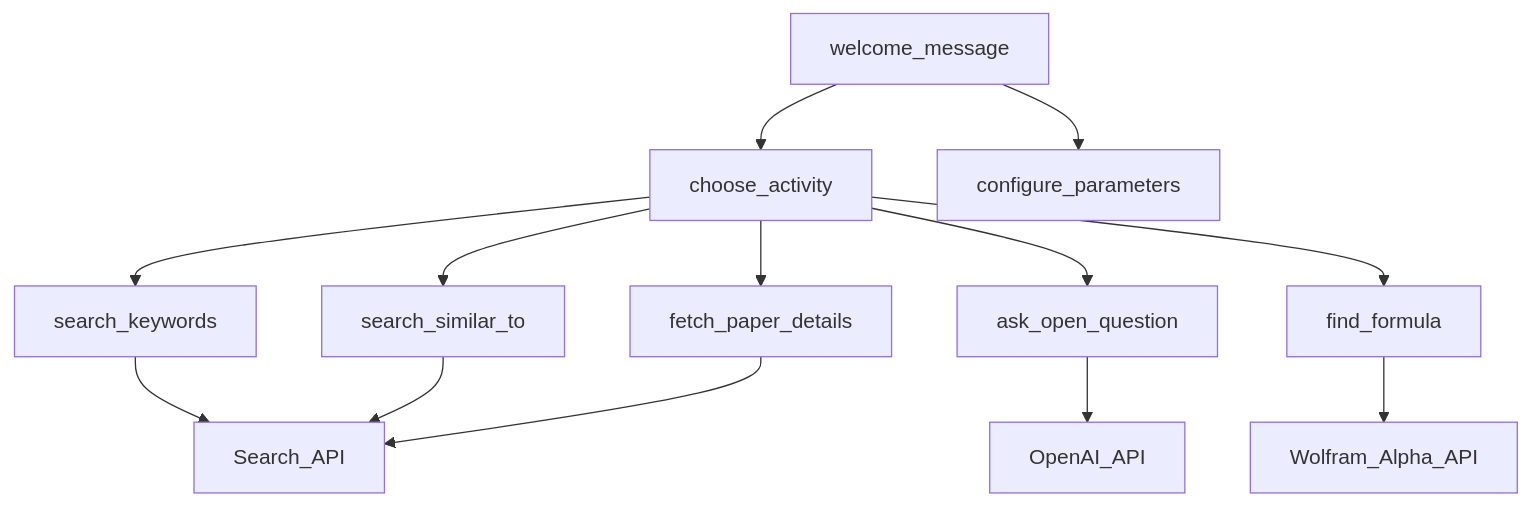
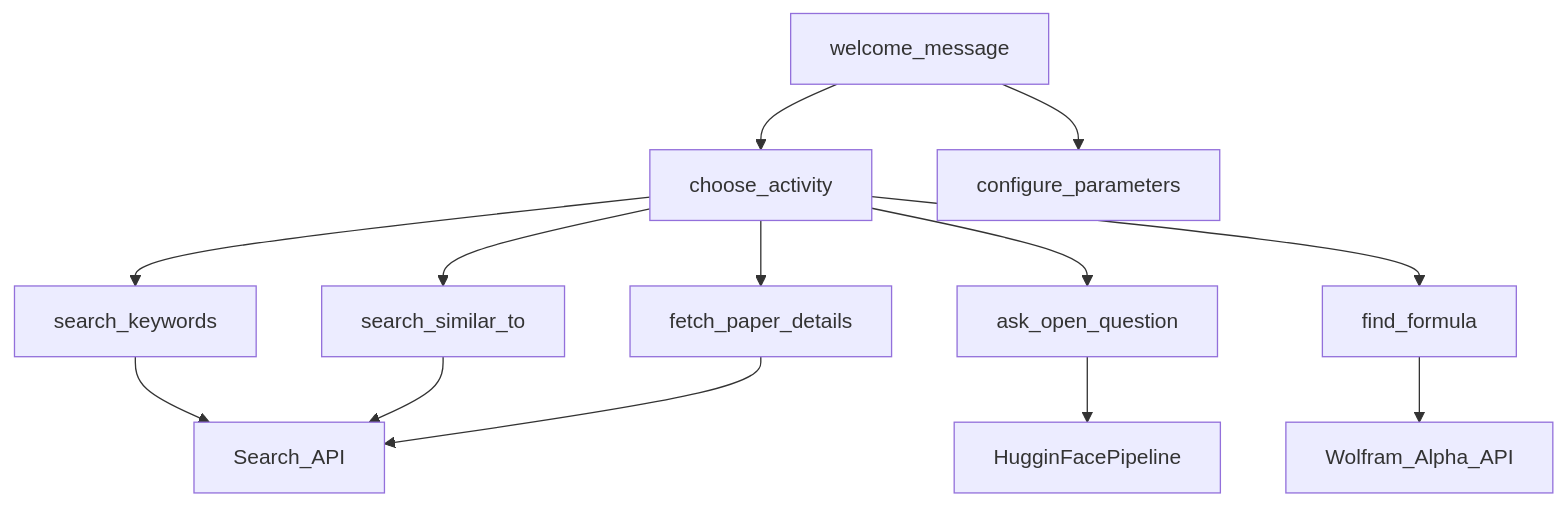
One commit to artefactory/redis-team-THM changed the first of 2 diagrams in README.md. Above: the diagram before and after it, drawn with Mermaid. The commit also changed other lines of this file and 6 other files, not shown here.

````diff
--- a/README.md
+++ b/README.md
@@ -101,15 +101,15 @@
 ```mermaid
   graph TD;
       welcome_message-->choose_activity;
       welcome_message-->configure_parameters;
       choose_activity-->search_keywords;
       search_keywords-->Search_API;
       choose_activity-->search_similar_to;
       search_similar_to-->Search_API;
       choose_activity-->fetch_paper_details;
       fetch_paper_details-->Search_API;
       choose_activity-->ask_open_question;
-      ask_open_question-->OpenAI_API;
+      ask_open_question-->HugginFacePipeline;
       choose_activity-->find_formula;
       find_formula-->Wolfram_Alpha_API;
 ```
````
